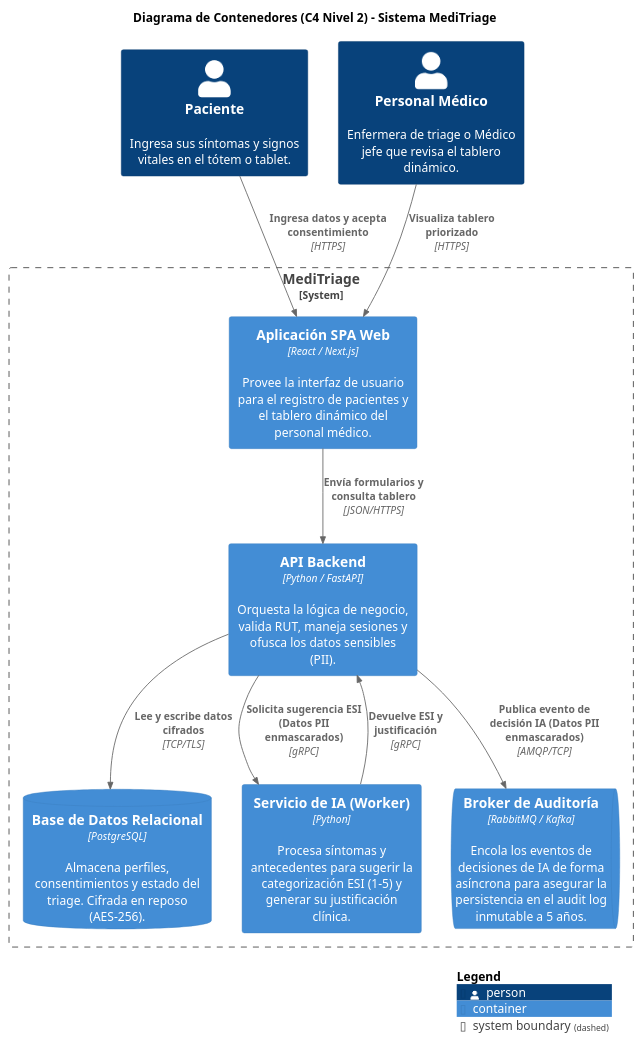
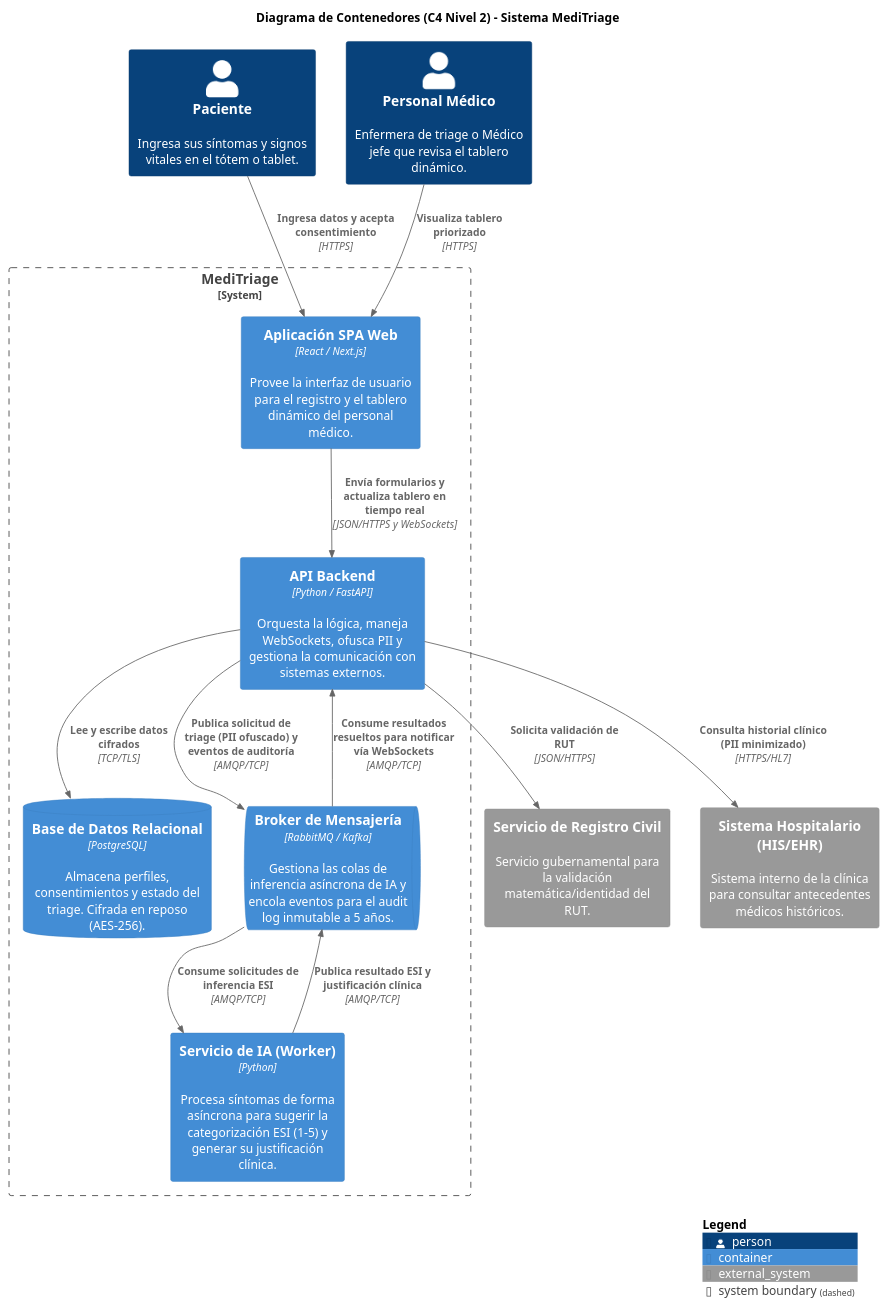
One commit to DrrFunky/equipo-ESSIA-meditriage changed the diagram in docs/c4/l2-container.puml. Above: the diagram before and after it, drawn with PlantUML.

Commit message:
Update l2-container.puml
Actualización para que tenga sentido.

```diff
--- a/docs/c4/l2-container.puml
+++ b/docs/c4/l2-container.puml
@@ -1,32 +1,40 @@
 @startuml C4_Elements
 !include https://raw.githubusercontent.com/plantuml-stdlib/C4-PlantUML/master/C4_Container.puml
 
 title Diagrama de Contenedores (C4 Nivel 2) - Sistema MediTriage
 
 Person(paciente, "Paciente", "Ingresa sus síntomas y signos vitales en el tótem o tablet.")
 Person(medico, "Personal Médico", "Enfermera de triage o Médico jefe que revisa el tablero dinámico.")
 
 System_Boundary(meditriage, "MediTriage") {
     
-    Container(spa, "Aplicación SPA Web", "React / Next.js", "Provee la interfaz de usuario para el registro de pacientes y el tablero dinámico del personal médico.")
+    Container(spa, "Aplicación SPA Web", "React / Next.js", "Provee la interfaz de usuario para el registro y el tablero dinámico del personal médico.")
     
-    Container(api, "API Backend", "Python / FastAPI", "Orquesta la lógica de negocio, valida RUT, maneja sesiones y ofusca los datos sensibles (PII).")
+    Container(api, "API Backend", "Python / FastAPI", "Orquesta la lógica, maneja WebSockets, ofusca PII y gestiona la comunicación con sistemas externos.")
     
-    Container(worker_ia, "Servicio de IA (Worker)", "Python", "Procesa síntomas y antecedentes para sugerir la categorización ESI (1-5) y generar su justificación clínica.")
+    Container(worker_ia, "Servicio de IA (Worker)", "Python", "Procesa síntomas de forma asíncrona para sugerir la categorización ESI (1-5) y generar su justificación clínica.")
     
     ContainerDb(db, "Base de Datos Relacional", "PostgreSQL", "Almacena perfiles, consentimientos y estado del triage. Cifrada en reposo (AES-256).")
     
-    ContainerQueue(broker, "Broker de Auditoría", "RabbitMQ / Kafka", "Encola los eventos de decisiones de IA de forma asíncrona para asegurar la persistencia en el audit log inmutable a 5 años.")
+    ContainerQueue(broker, "Broker de Mensajería", "RabbitMQ / Kafka", "Gestiona las colas de inferencia asíncrona de IA y encola eventos para el audit log inmutable a 5 años.")
 }
+
+System_Ext(registro_civil, "Servicio de Registro Civil", "Servicio gubernamental para la validación matemática/identidad del RUT.")
+System_Ext(his_ehr, "Sistema Hospitalario (HIS/EHR)", "Sistema interno de la clínica para consultar antecedentes médicos históricos.")
 
 Rel(paciente, spa, "Ingresa datos y acepta consentimiento", "HTTPS")
 Rel(medico, spa, "Visualiza tablero priorizado", "HTTPS")
 
-Rel(spa, api, "Envía formularios y consulta tablero", "JSON/HTTPS", $tags="port:443")
+Rel(spa, api, "Envía formularios y actualiza tablero en tiempo real", "JSON/HTTPS y WebSockets", $tags="port:443")
 Rel(api, db, "Lee y escribe datos cifrados", "TCP/TLS", $tags="port:5432")
-Rel(api, worker_ia, "Solicita sugerencia ESI (Datos PII enmascarados)", "gRPC", $tags="port:50051")
-Rel(worker_ia, api, "Devuelve ESI y justificación", "gRPC")
-Rel(api, broker, "Publica evento de decisión IA (Datos PII enmascarados)", "AMQP/TCP", $tags="port:5672")
+
+Rel(api, broker, "Publica solicitud de triage (PII ofuscado) y eventos de auditoría", "AMQP/TCP", $tags="port:5672")
+Rel(broker, worker_ia, "Consume solicitudes de inferencia ESI", "AMQP/TCP", $tags="port:5672")
+Rel(worker_ia, broker, "Publica resultado ESI y justificación clínica", "AMQP/TCP", $tags="port:5672")
+Rel(broker, api, "Consume resultados resueltos para notificar vía WebSockets", "AMQP/TCP", $tags="port:5672")
+
+Rel(api, registro_civil, "Solicita validación de RUT", "JSON/HTTPS")
+Rel(api, his_ehr, "Consulta historial clínico (PII minimizado)", "HTTPS/HL7")
 
 SHOW_LEGEND()
 @enduml
```
